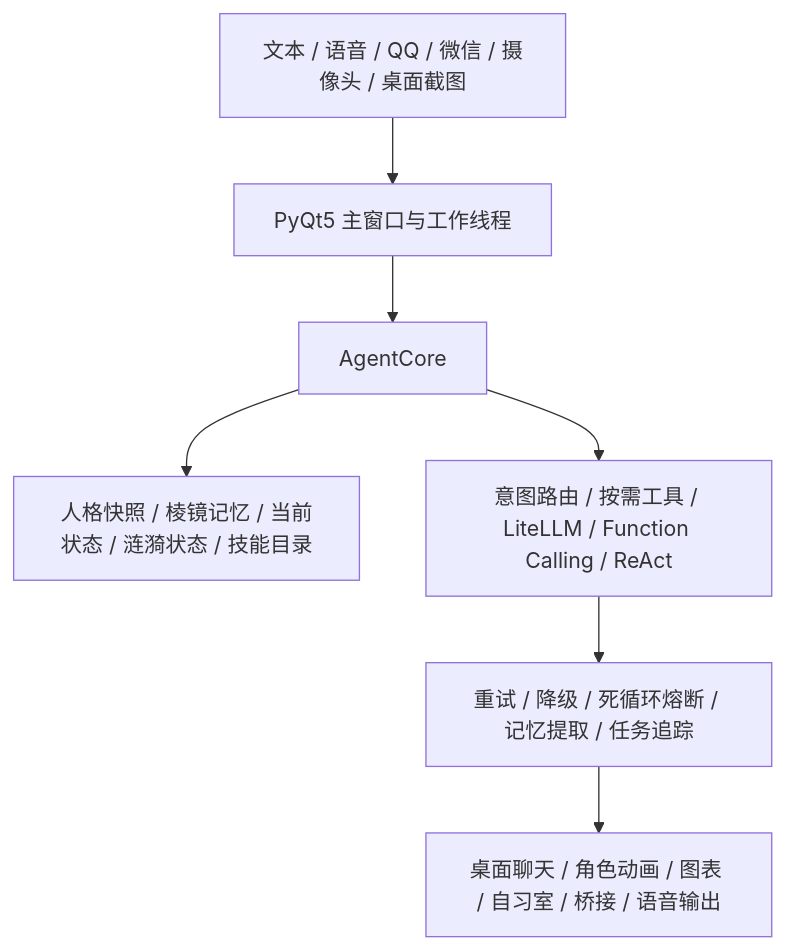
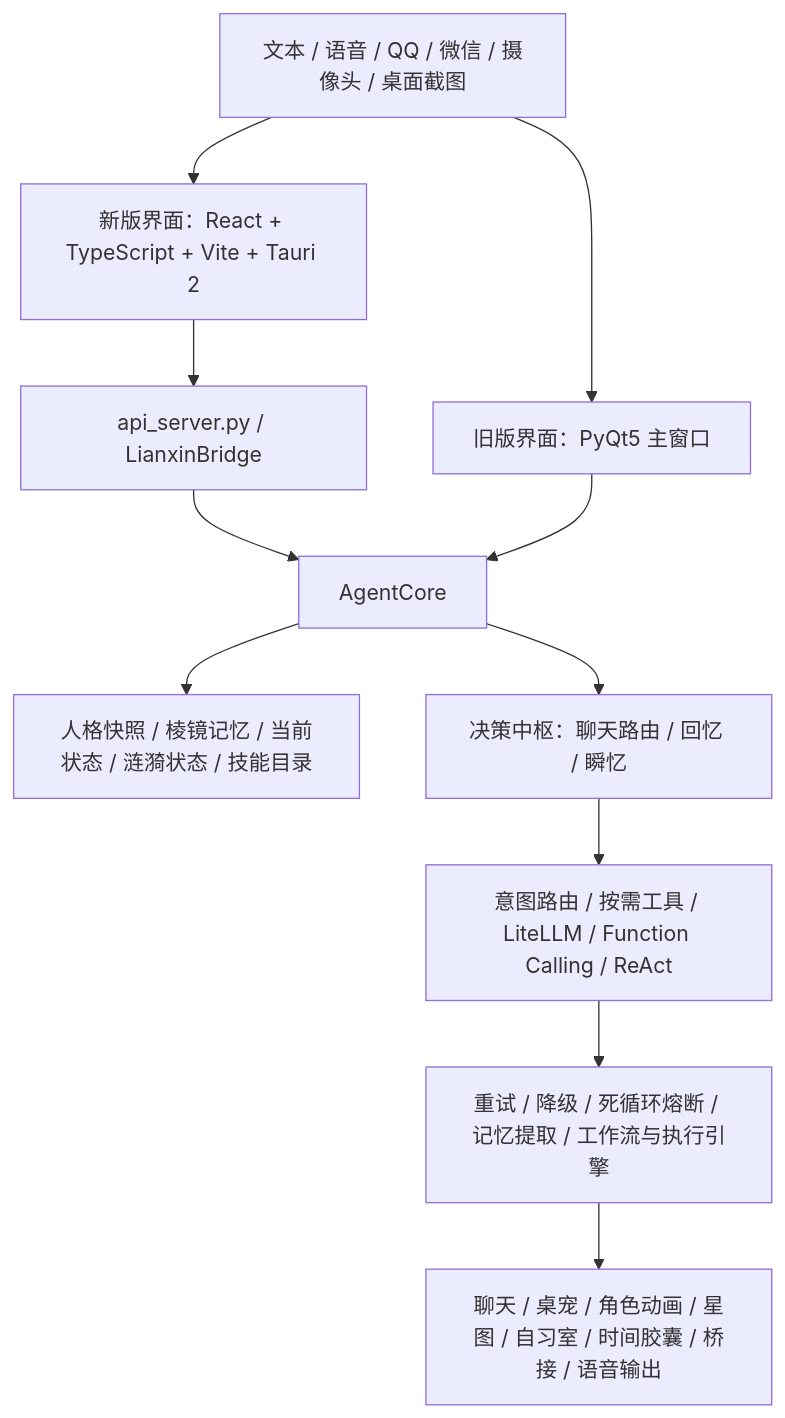
The first of 9 diagrams in README_CN.md (yuxinbeiyi/Lianxin-AI), drawn with Mermaid before and after one commit. The commit also changed other lines of this file and 5 other files, not shown here.

````diff
--- a/README_CN.md
+++ b/README_CN.md
@@ -135,14 +166,18 @@
 ```mermaid
 flowchart TB
     I[文本 / 语音 / QQ / 微信 / 摄像头 / 桌面截图]
-    U[PyQt5 主窗口与工作线程]
+    U1[新版界面：React + TypeScript + Vite + Tauri 2]
+    U2[旧版界面：PyQt5 主窗口]
+    S[api_server.py / LianxinBridge]
     A[AgentCore]
     M[人格快照 / 棱镜记忆 / 当前状态 / 涟漪状态 / 技能目录]
+    D[决策中枢：聊天路由 / 回忆 / 瞬忆]
     T[意图路由 / 按需工具 / LiteLLM / Function Calling / ReAct]
-    R[重试 / 降级 / 死循环熔断 / 记忆提取 / 任务追踪]
-    O[桌面聊天 / 角色动画 / 图表 / 自习室 / 桥接 / 语音输出]
-    I --> U --> A
+    R[重试 / 降级 / 死循环熔断 / 记忆提取 / 工作流与执行引擎]
+    O[聊天 / 桌宠 / 角色动画 / 星图 / 自习室 / 时间胶囊 / 桥接 / 语音输出]
+    I --> U1 --> S --> A
+    I --> U2 --> A
     A --> M
-    A --> T
+    A --> D --> T
     T --> R --> O
 ```
````
